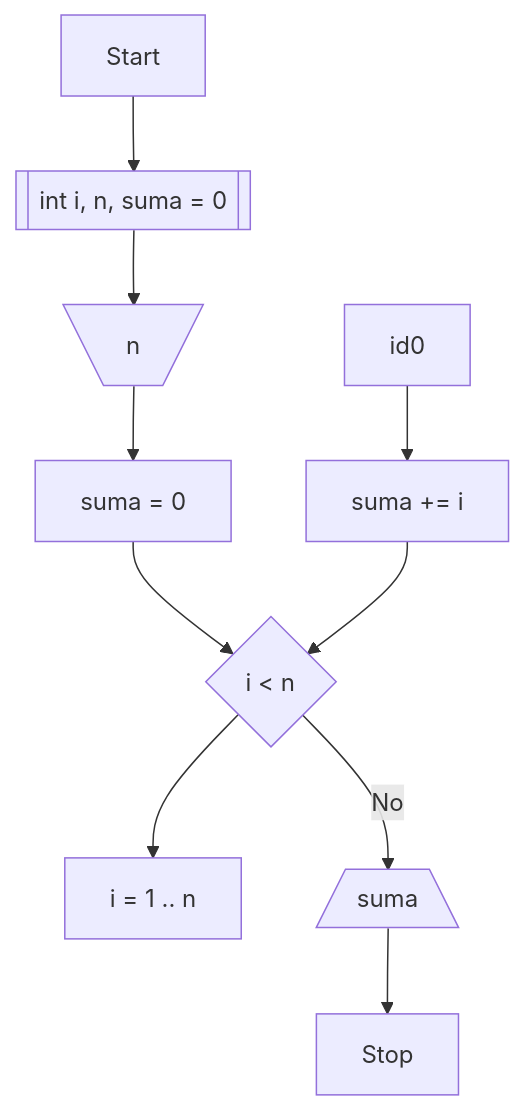
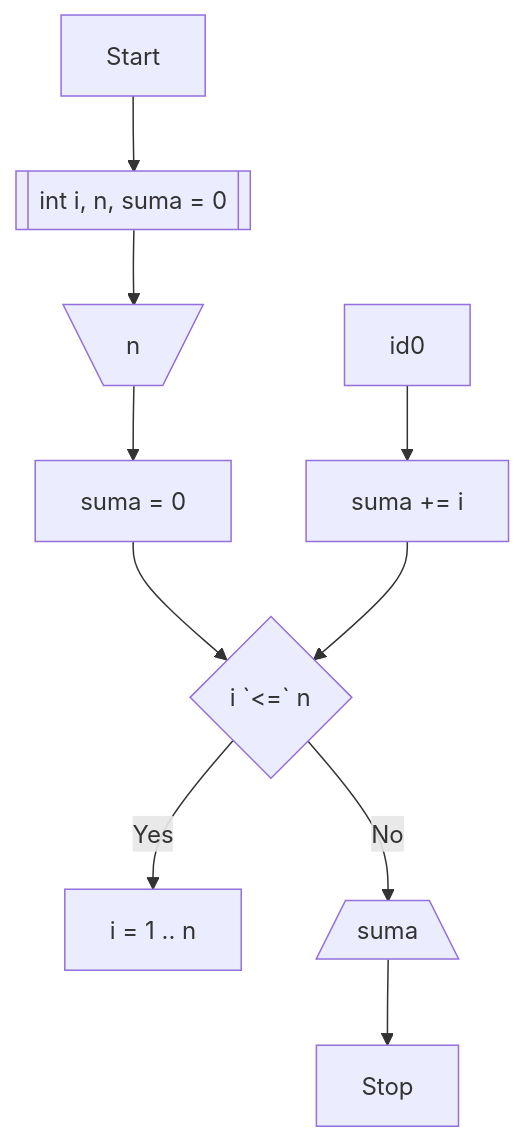
Before and after one commit to radlovacki/proba: the diagram in zadatak.md, drawn with Mermaid. The commit also changed other lines of this file, not shown here.

````diff
--- a/zadatak.md
+++ b/zadatak.md
@@ -25,12 +25,12 @@
 ```mermaid
 flowchart TD
     Start --> id1[[int i, n, suma = 0]]
     id1 --> id2[\n/]
     id2 --> id3[suma = 0]
-    id3 --> id4{i < n}
-    id4 --> id40[i = 1 .. n]
+    id3 --> id4{i `<=` n}
+    id4 -->|Yes| id40[i = 1 .. n]
     id0 --> id5[suma += i]
     id5 --> id4
     id4 -->|No| id6[/suma\]
     id6 --> id7[Stop]
 ```
````
